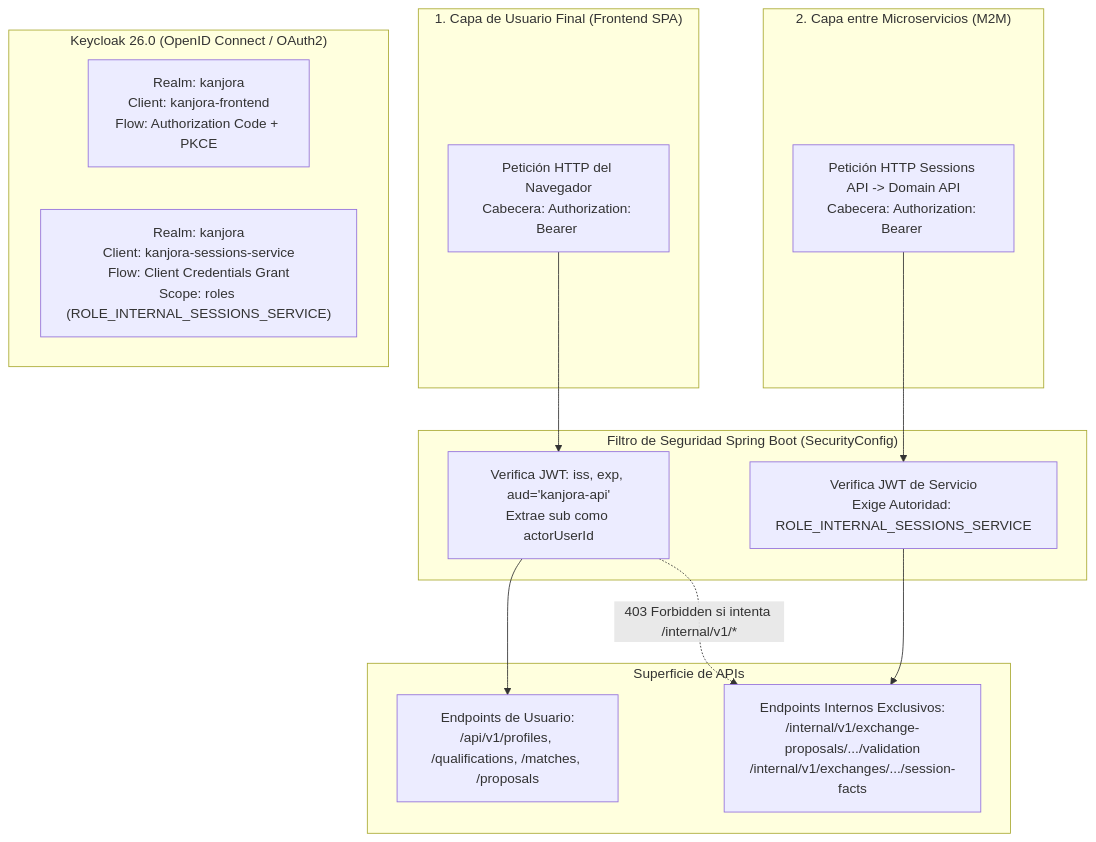
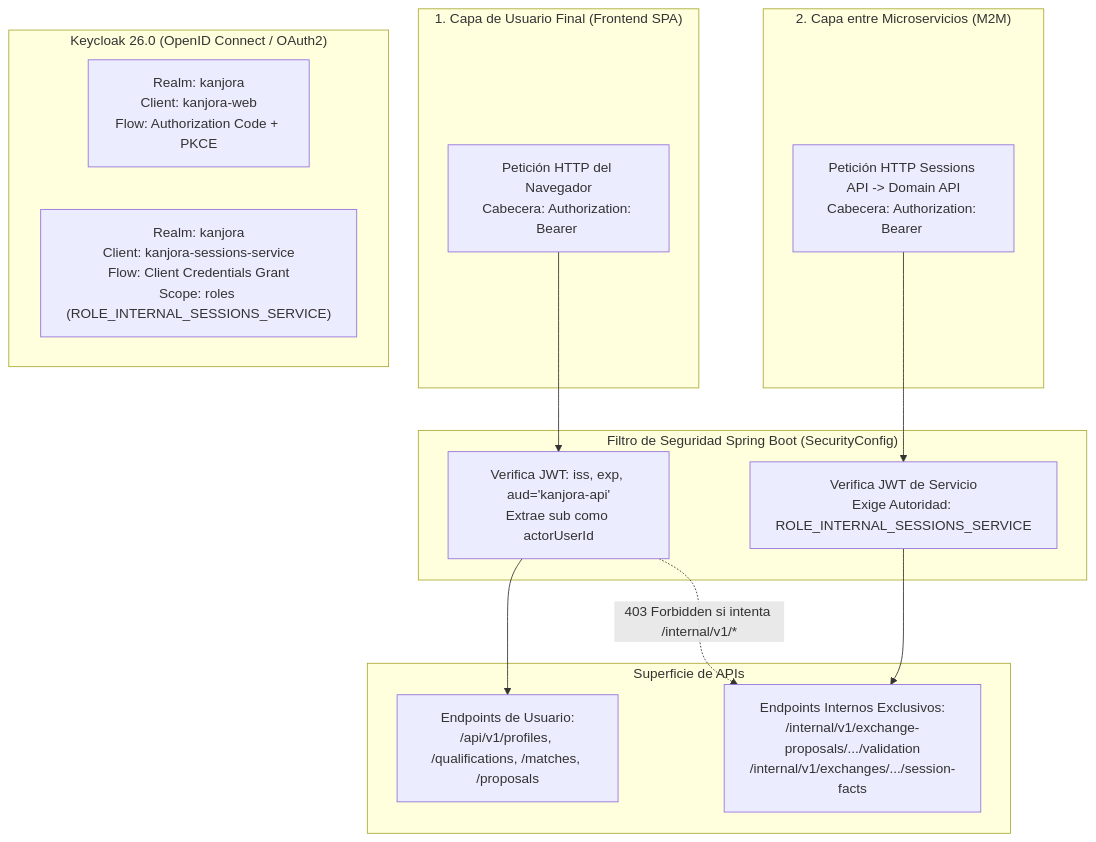
Before and after one commit to DEIVID-HAK/kanjora: the diagram in documentacion/05_SEGURIDAD_APIS_Y_GOBERNANZA.md, drawn with Mermaid. The commit also changed other lines of this file and 12 other files, not shown here.

````diff
--- a/documentacion/05_SEGURIDAD_APIS_Y_GOBERNANZA.md
+++ b/documentacion/05_SEGURIDAD_APIS_Y_GOBERNANZA.md
@@ -10,29 +10,29 @@
 ```mermaid
 flowchart TD
     subgraph PeticionesExteriores ["1. Capa de Usuario Final (Frontend SPA)"]
         UserReq["Petición HTTP del Navegador\nCabecera: Authorization: Bearer <UserJWT>"]
     end
 
     subgraph PeticionesInteriores ["2. Capa entre Microservicios (M2M)"]
         M2MReq["Petición HTTP Sessions API -> Domain API\nCabecera: Authorization: Bearer <ServiceJWT>"]
     end
 
     subgraph KeycloakIdP ["Keycloak 26.0 (OpenID Connect / OAuth2)"]
-        UserAuth["Realm: kanjora\nClient: kanjora-frontend\nFlow: Authorization Code + PKCE"]
+        UserAuth["Realm: kanjora\nClient: kanjora-web\nFlow: Authorization Code + PKCE"]
         ServiceAuth["Realm: kanjora\nClient: kanjora-sessions-service\nFlow: Client Credentials Grant\nScope: roles (ROLE_INTERNAL_SESSIONS_SERVICE)"]
     end
 
     subgraph DomainFilter ["Filtro de Seguridad Spring Boot (SecurityConfig)"]
         VerifyUser["Verifica JWT: iss, exp, aud='kanjora-api'\nExtrae sub como actorUserId"]
         VerifyService["Verifica JWT de Servicio\nExige Autoridad: ROLE_INTERNAL_SESSIONS_SERVICE"]
     end
 
     subgraph EndpointsProtegidos ["Superficie de APIs"]
         EndUsers["Endpoints de Usuario:\n/api/v1/profiles, /qualifications, /matches, /proposals"]
         EndInternal["Endpoints Internos Exclusivos:\n/internal/v1/exchange-proposals/.../validation\n/internal/v1/exchanges/.../session-facts"]
     end
 
     UserReq --> VerifyUser --> EndUsers
     M2MReq --> VerifyService --> EndInternal
     VerifyUser -.->|"403 Forbidden si intenta /internal/v1/*"| EndInternal
 ```
````
